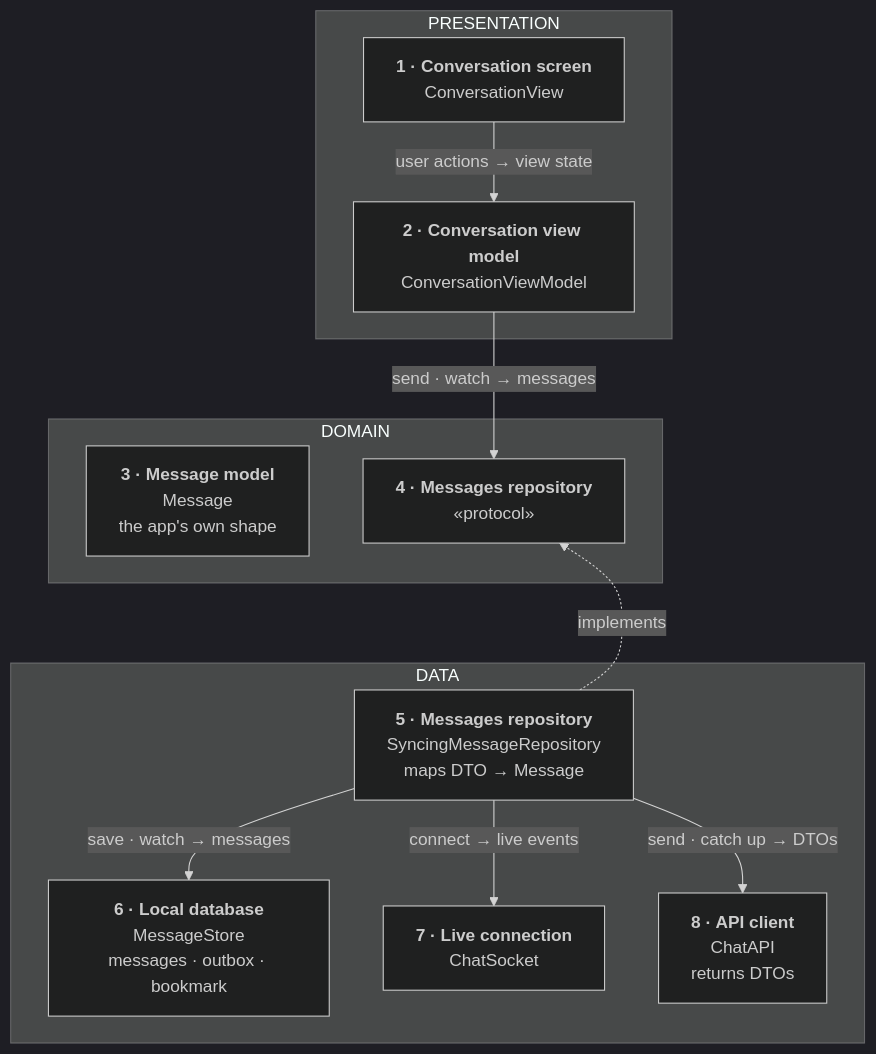
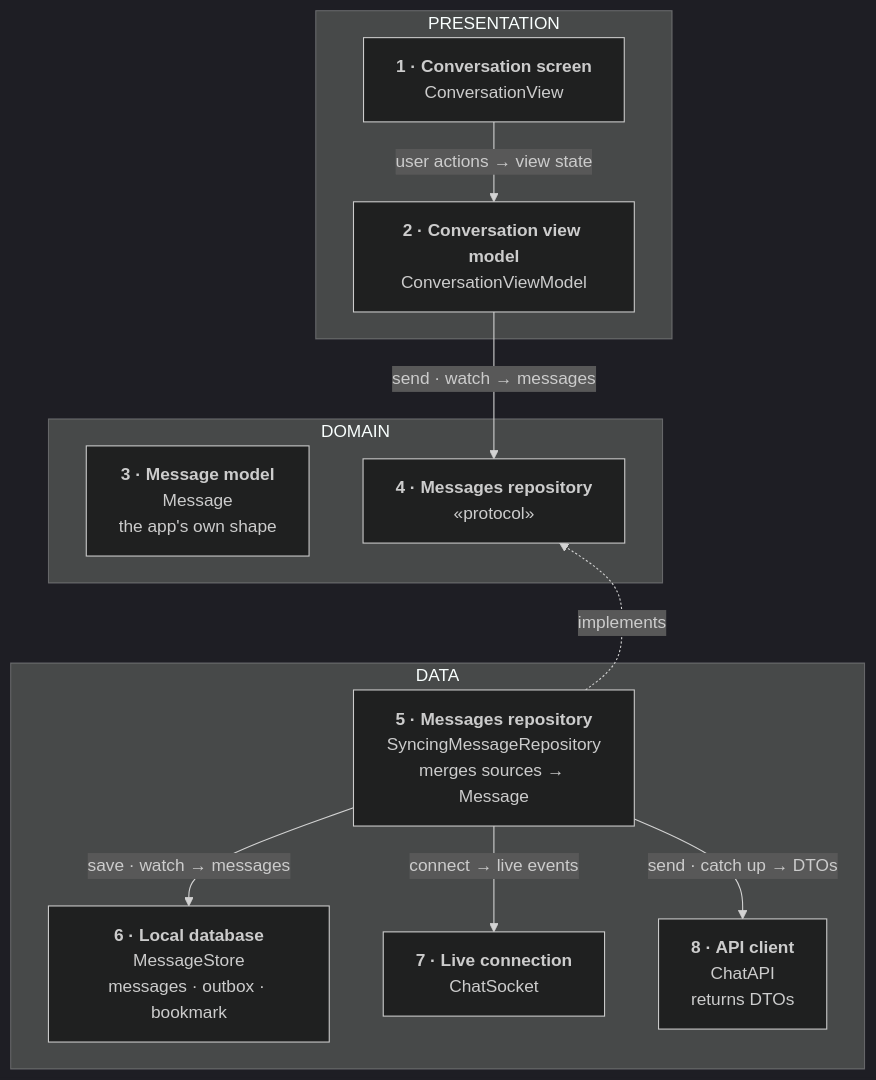
The first of 4 diagrams in topics/system-design/03-chat-client.md (rezabina86/reference-desk), drawn with Mermaid (dark theme) before and after one commit. The commit also changed other lines of this file and 5 other files, not shown here.

````diff
--- a/topics/system-design/03-chat-client.md
+++ b/topics/system-design/03-chat-client.md
@@ -140,38 +142,38 @@
 ```mermaid
 flowchart TB
   subgraph P["PRESENTATION"]
     View["`**1 · Conversation screen**
 ConversationView`"] -- "user actions → view state" --> VM["`**2 · Conversation view model**
 ConversationViewModel`"]
   end
   subgraph D["DOMAIN"]
     Item["`**3 · Message model**
 Message
 the app's own shape`"]
     Repo["`**4 · Messages repository**
 «protocol»`"]
   end
   subgraph DA["DATA"]
     Impl["`**5 · Messages repository**
 SyncingMessageRepository
-maps DTO → Message`"]
+merges sources → Message`"]
     Store["`**6 · Local database**
 MessageStore
 messages · outbox · bookmark`"]
     Socket["`**7 · Live connection**
 ChatSocket`"]
     API["`**8 · API client**
 ChatAPI
 returns DTOs`"]
   end
   VM -- "send · watch → messages" --> Repo
   Repo ~~~ Impl
   Impl -. "implements" .-> Repo
   Impl -- "save · watch → messages" --> Store
   Impl -- "connect → live events" --> Socket
   Impl -- "send · catch up → DTOs" --> API
   class View,VM pres
   class Item,Repo dom
   class Impl,Store data
   class Socket,API net
 ```
````
